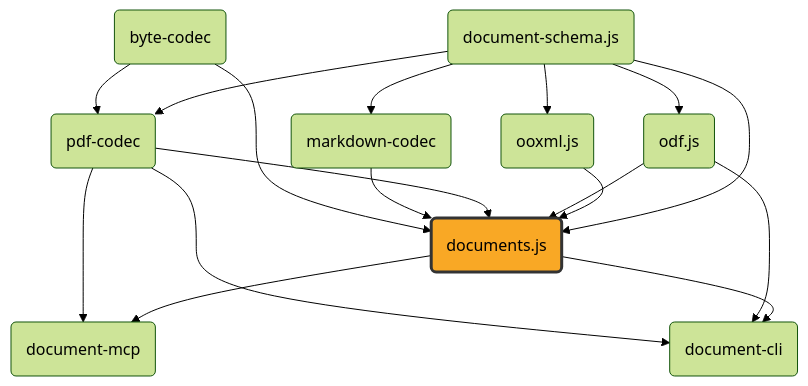
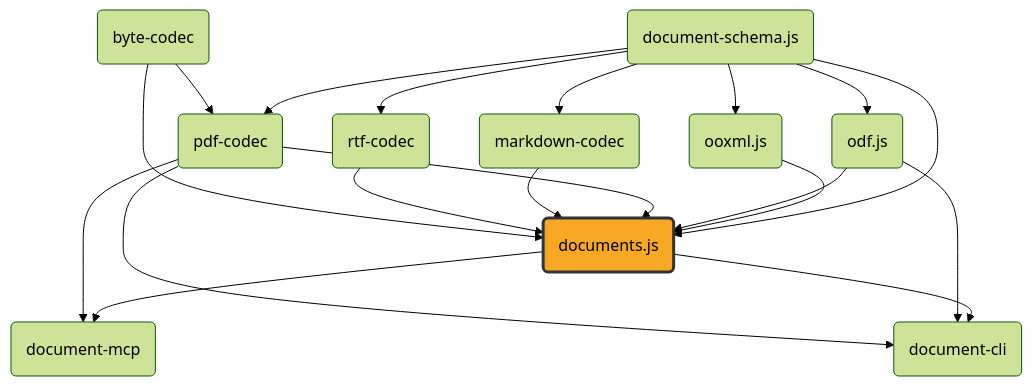
The diagram in packages/documents.js/README.md (ExaDev/documents.js), drawn with Mermaid (forest theme) before and after one commit. The commit also changed other lines of this file and 12 other files, not shown here.

First line of the commit message:
feat(documents.js): wire rtf into the DocumentFormat enum and composition engine

````diff
--- a/packages/documents.js/README.md
+++ b/packages/documents.js/README.md
@@ -9,41 +9,45 @@
 ```mermaid
 graph TD
     schema("document-schema.js")
     ooxml("ooxml.js")
     odf("odf.js")
     pdfcodec("pdf-codec")
     mdcodec("markdown-codec")
+    rtfcodec("rtf-codec")
     bytecodec("byte-codec")
     documents("documents.js")
     mcp("document-mcp")
     cli("document-cli")
 
     schema --> ooxml
     schema --> odf
     schema --> pdfcodec
     schema --> mdcodec
+    schema --> rtfcodec
     schema --> documents
     ooxml --> documents
     odf --> documents
     pdfcodec --> documents
     mdcodec --> documents
+    rtfcodec --> documents
     bytecodec --> pdfcodec
     bytecodec --> documents
     documents --> mcp
     pdfcodec --> mcp
     documents --> cli
     odf --> cli
     pdfcodec --> cli
 
     click schema "https://github.com/ExaDev/documents.js/tree/main/packages/document-schema.js" "document-schema.js"
     click ooxml "https://github.com/ExaDev/documents.js/tree/main/packages/ooxml.js" "ooxml.js"
     click odf "https://github.com/ExaDev/documents.js/tree/main/packages/odf.js" "odf.js"
     click pdfcodec "https://github.com/ExaDev/documents.js/tree/main/packages/pdf-codec" "pdf-codec"
     click mdcodec "https://github.com/ExaDev/documents.js/tree/main/packages/markdown-codec" "markdown-codec"
+    click rtfcodec "https://github.com/ExaDev/documents.js/tree/main/packages/rtf-codec" "rtf-codec"
     click bytecodec "https://github.com/ExaDev/documents.js/tree/main/packages/byte-codec" "byte-codec"
     click documents "https://github.com/ExaDev/documents.js" "documents.js"
     click mcp "https://github.com/ExaDev/documents.js/tree/main/packages/document-mcp" "document-mcp"
     click cli "https://github.com/ExaDev/documents.js/tree/main/packages/document-cli" "document-cli"
 
     style documents fill:#f9a825,stroke:#333,stroke-width:3px
 ```
````
